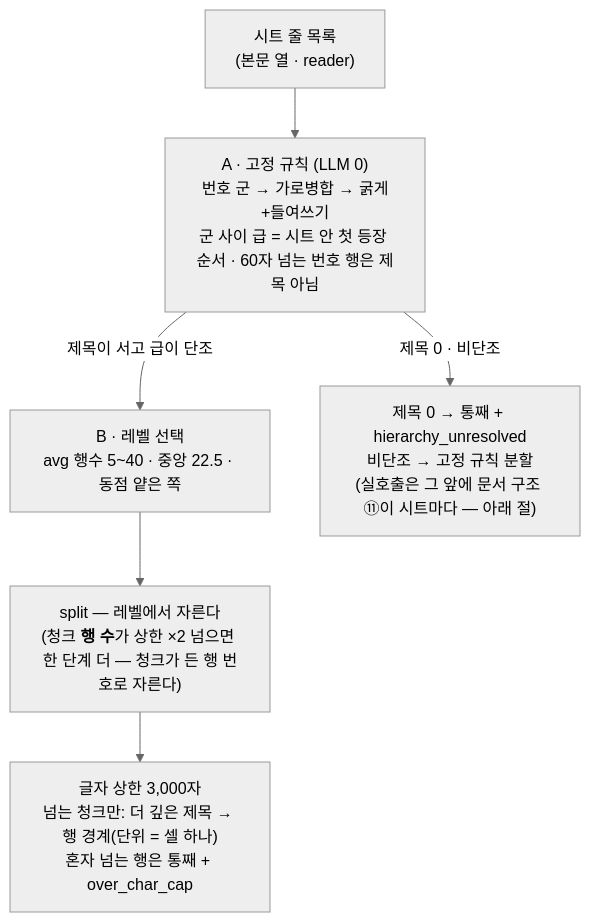
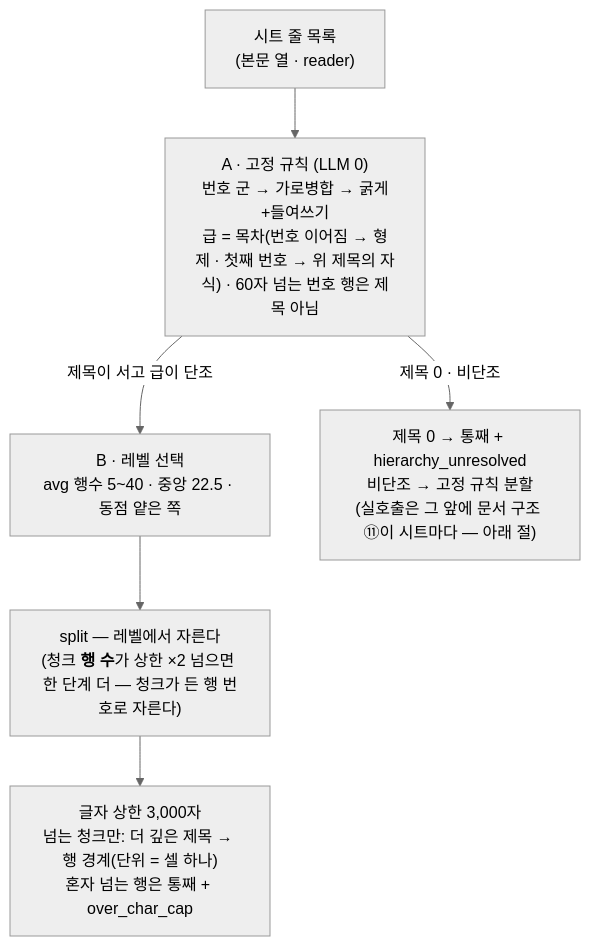
Before and after one commit to playjae0/ontology_system: the second of 2 diagrams in docs/구조도/02_파싱과_추출.md, drawn with Mermaid (neutral theme). The commit also changed other lines of this file and 29 other files, not shown here.

````diff
--- a/docs/구조도/02_파싱과_추출.md
+++ b/docs/구조도/02_파싱과_추출.md
@@ -175,8 +175,8 @@
 ```mermaid
 flowchart TD
-  R["시트 줄 목록<br/>(본문 열 · reader)"] --> A1["A · 고정 규칙 (LLM 0)<br/>번호 군 → 가로병합 → 굵게+들여쓰기<br/>군 사이 급 = 시트 안 첫 등장 순서 · 60자 넘는 번호 행은 제목 아님"]
+  R["시트 줄 목록<br/>(본문 열 · reader)"] --> A1["A · 고정 규칙 (LLM 0)<br/>번호 군 → 가로병합 → 굵게+들여쓰기<br/>급 = 목차(번호 이어짐 → 형제 · 첫째 번호 → 위 제목의 자식) · 60자 넘는 번호 행은 제목 아님"]
   A1 -->|제목이 서고 급이 단조| B1
   A1 -->|제목 0 · 비단조| F0["제목 0 → 통째 + hierarchy_unresolved<br/>비단조 → 고정 규칙 분할<br/>(실호출은 그 앞에 문서 구조 ⑪이 시트마다 — 아래 절)"]
   B1["B · 레벨 선택<br/>avg 행수 5~40 · 중앙 22.5 · 동점 얕은 쪽"] --> S["split — 레벨에서 자른다<br/>(청크 <b>행 수</b>가 상한 ×2 넘으면 한 단계 더 — 청크가 든 행 번호로 자른다)"]
   S --> C["글자 상한 3,000자<br/>넘는 청크만: 더 깊은 제목 → 행 경계(단위 = 셀 하나)<br/>혼자 넘는 행은 통째 + over_char_cap"]
 ```
````
